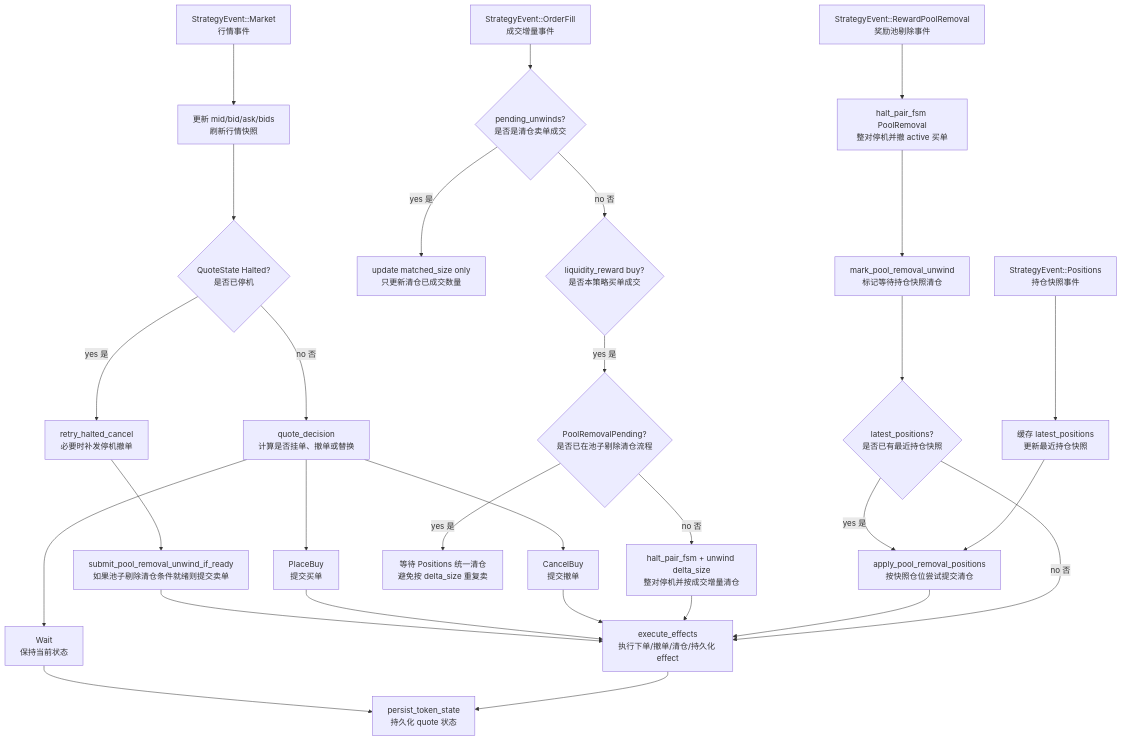
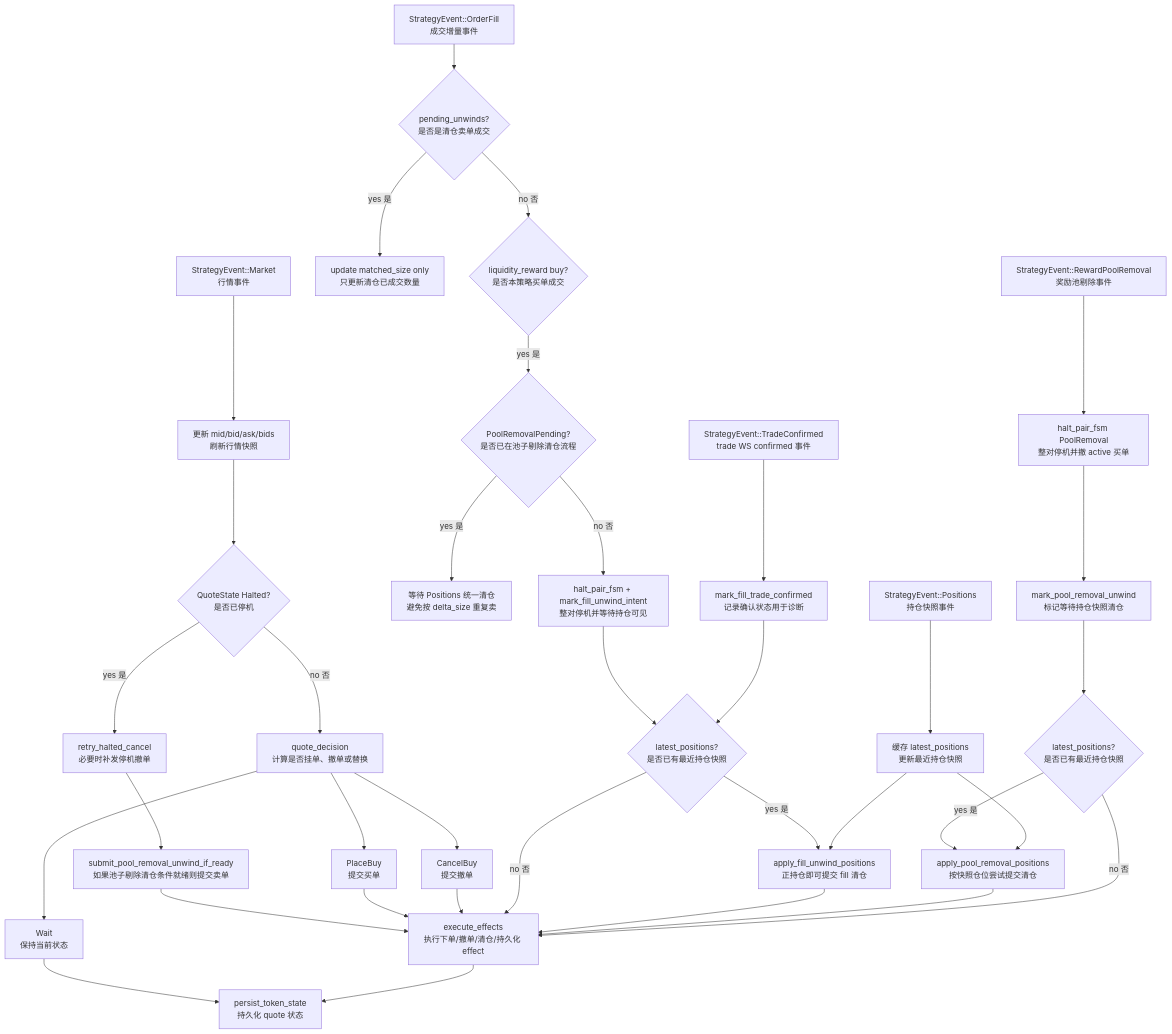
The fourth of 4 diagrams in docs/liquidity_reward_fsm_mermaid.md (chenjunx/poly-executor), drawn with Mermaid before and after one commit. The commit also changed other lines of this file and 4 other files, not shown here.

````diff
--- a/docs/liquidity_reward_fsm_mermaid.md
+++ b/docs/liquidity_reward_fsm_mermaid.md
@@ -95,34 +96,41 @@
 ```mermaid
 flowchart TD
     Market[StrategyEvent::Market<br/>行情事件] --> UpdateMarket[更新 mid/bid/ask/bids<br/>刷新行情快照]
     UpdateMarket --> HaltedCheck{QuoteState Halted?<br/>是否已停机}
     HaltedCheck -->|yes 是| RetryCancel[retry_halted_cancel<br/>必要时补发停机撤单]
     RetryCancel --> PoolUnwindReady[submit_pool_removal_unwind_if_ready<br/>如果池子剔除清仓条件就绪则提交卖单]
     PoolUnwindReady --> Execute[execute_effects<br/>执行下单/撤单/清仓/持久化 effect]
     HaltedCheck -->|no 否| QuoteDecision[quote_decision<br/>计算是否挂单、撤单或替换]
     QuoteDecision --> Place[PlaceBuy<br/>提交买单]
     QuoteDecision --> Cancel[CancelBuy<br/>提交撤单]
     QuoteDecision --> Wait[Wait<br/>保持当前状态]
     Place --> Execute
     Cancel --> Execute
     Wait --> Persist[persist_token_state<br/>持久化 quote 状态]
     Execute --> Persist
 
     OrderFill[StrategyEvent::OrderFill<br/>成交增量事件] --> IsUnwindFill{pending_unwinds?<br/>是否是清仓卖单成交}
     IsUnwindFill -->|yes 是| UpdateMatched[update matched_size only<br/>只更新清仓已成交数量]
     IsUnwindFill -->|no 否| IsBuy{liquidity_reward buy?<br/>是否本策略买单成交}
     IsBuy -->|yes 是| PoolPending{PoolRemovalPending?<br/>是否已在池子剔除清仓流程}
     PoolPending -->|yes 是| WaitPositions[等待 Positions 统一清仓<br/>避免按 delta_size 重复卖]
-    PoolPending -->|no 否| HaltPair[halt_pair_fsm + unwind delta_size<br/>整对停机并按成交增量清仓]
-    HaltPair --> Execute
+    PoolPending -->|no 否| HaltPair[halt_pair_fsm + mark_fill_unwind_intent<br/>整对停机并等待持仓可见]
+    HaltPair --> FillHasPositions{latest_positions?<br/>是否已有最近持仓快照}
+    FillHasPositions -->|yes 是| ApplyFillPositions[apply_fill_unwind_positions<br/>正持仓即可提交 fill 清仓]
+    FillHasPositions -->|no 否| Execute
+    ApplyFillPositions --> Execute
+
+    TradeConfirmed[StrategyEvent::TradeConfirmed<br/>trade WS confirmed 事件] --> MarkConfirmed[mark_fill_trade_confirmed<br/>记录确认状态用于诊断]
+    MarkConfirmed --> FillHasPositions
 
     RewardRemoval[StrategyEvent::RewardPoolRemoval<br/>奖励池剔除事件] --> HaltPoolPair[halt_pair_fsm PoolRemoval<br/>整对停机并撤 active 买单]
     HaltPoolPair --> MarkRisk[mark_pool_removal_unwind<br/>标记等待持仓快照清仓]
     MarkRisk --> HasPositions{latest_positions?<br/>是否已有最近持仓快照}
     HasPositions -->|yes 是| ApplyPositions[apply_pool_removal_positions<br/>按快照仓位尝试提交清仓]
     ApplyPositions --> Execute
     HasPositions -->|no 否| Execute
 
     Positions[StrategyEvent::Positions<br/>持仓快照事件] --> CacheSnapshot[缓存 latest_positions<br/>更新最近持仓快照]
     CacheSnapshot --> ApplyPositions
+    CacheSnapshot --> ApplyFillPositions
 ```
````
